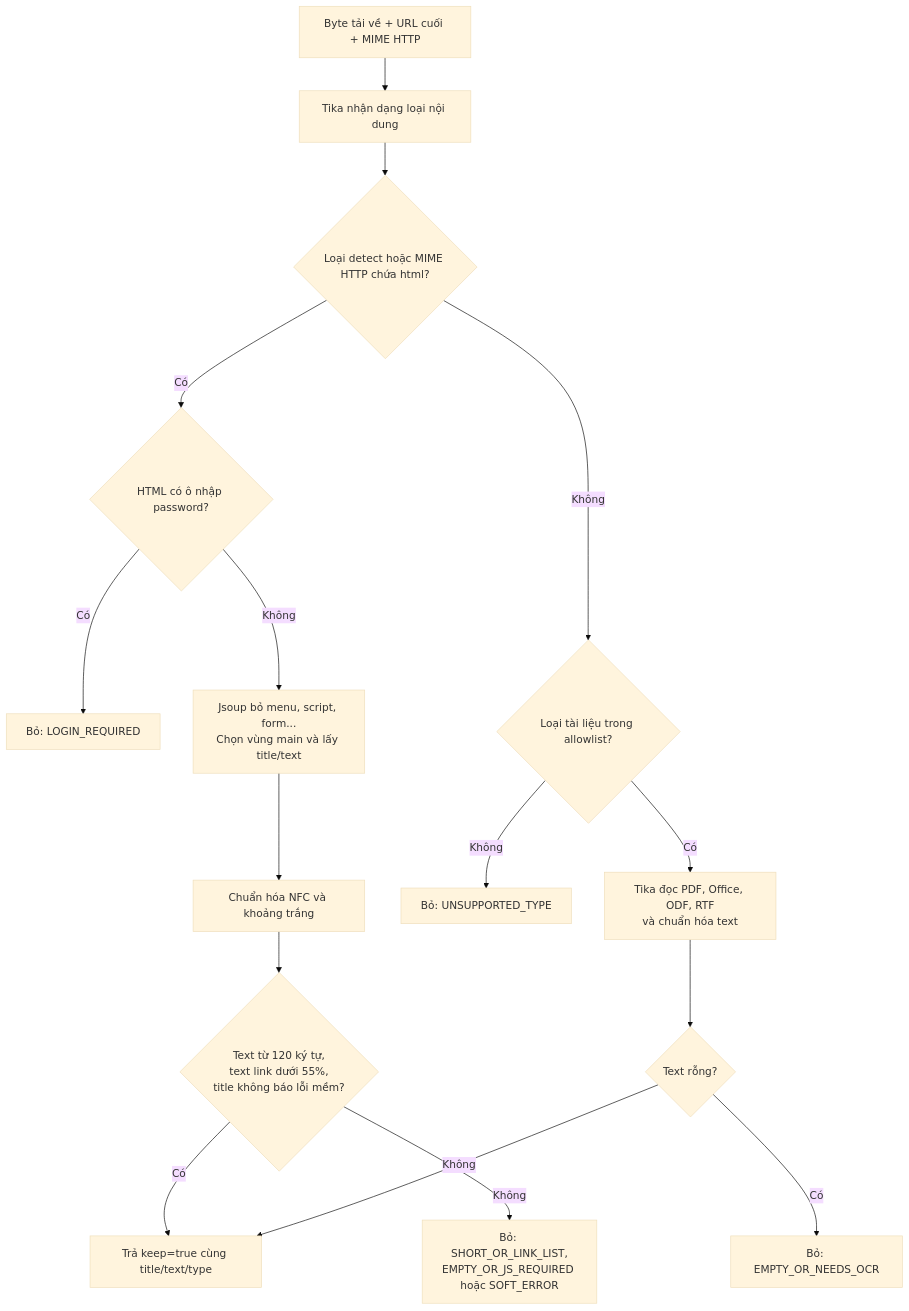
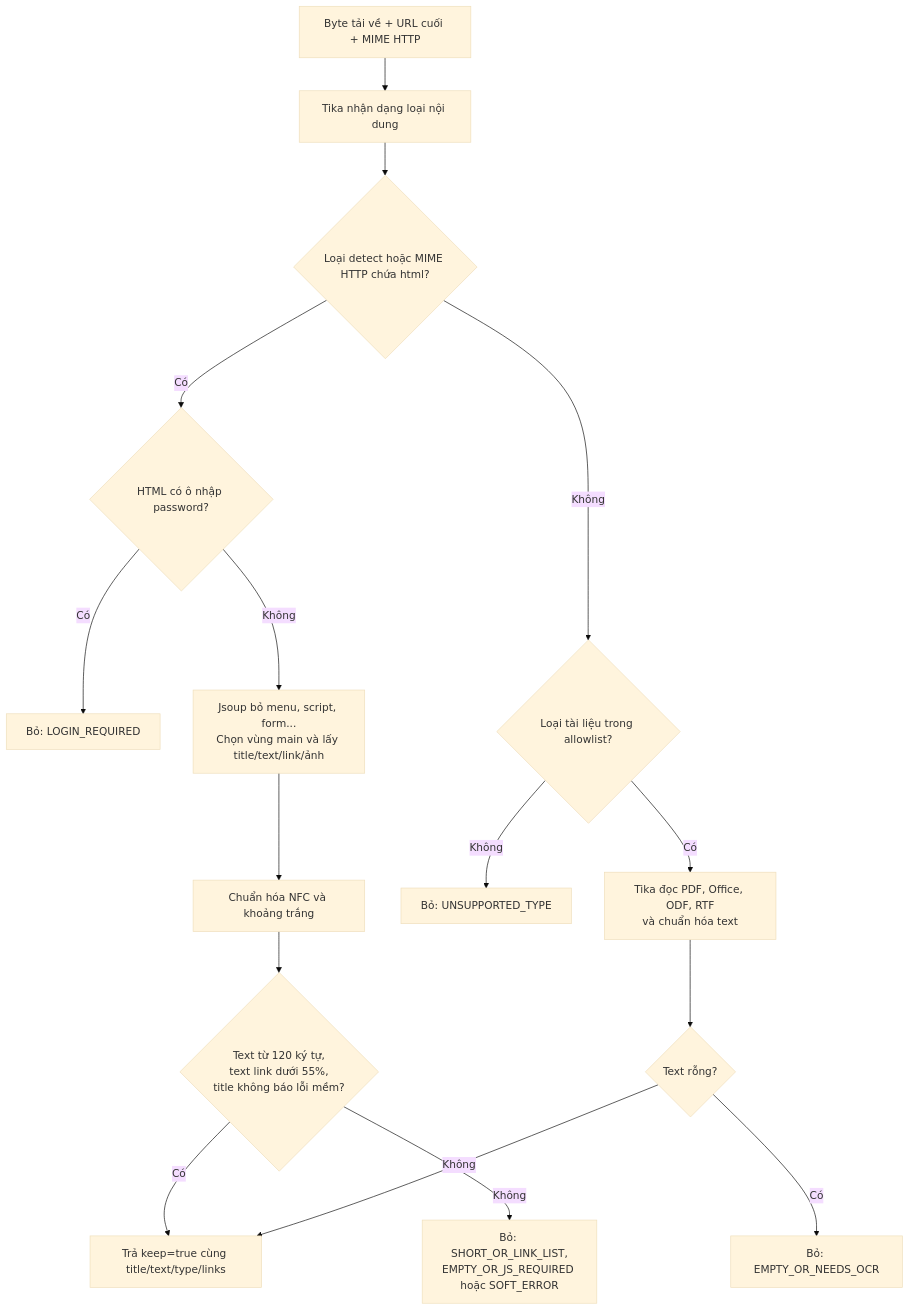
One commit to dungx48/it4863-content-collector changed the fifth of 7 diagrams in docs/design-diagrams.md. Above: the diagram before and after it, drawn with Mermaid (base theme). The commit also changed other lines of this file and 19 other files, not shown here.

````diff
--- a/docs/design-diagrams.md
+++ b/docs/design-diagrams.md
@@ -147,18 +157,18 @@
 ```mermaid
 flowchart TD
     Bytes["Byte tải về + URL cuối + MIME HTTP"] --> Detect["Tika nhận dạng loại nội dung"]
     Detect --> IsHTML{"Loại detect hoặc MIME HTTP chứa html?"}
     IsHTML -->|"Có"| Password{"HTML có ô nhập password?"}
     Password -->|"Có"| Login["Bỏ: LOGIN_REQUIRED"]
-    Password -->|"Không"| DOM["Jsoup bỏ menu, script, form...<br/>Chọn vùng main và lấy title/text"]
+    Password -->|"Không"| DOM["Jsoup bỏ menu, script, form...<br/>Chọn vùng main và lấy title/text/link/ảnh"]
     DOM --> CleanHTML["Chuẩn hóa NFC và khoảng trắng"]
     CleanHTML --> Rule{"Text từ 120 ký tự,<br/>text link dưới 55%,<br/>title không báo lỗi mềm?"}
-    Rule -->|"Có"| Keep["Trả keep=true cùng title/text/type"]
+    Rule -->|"Có"| Keep["Trả keep=true cùng title/text/type/links"]
     Rule -->|"Không"| DropHTML["Bỏ: SHORT_OR_LINK_LIST,<br/>EMPTY_OR_JS_REQUIRED hoặc SOFT_ERROR"]
     IsHTML -->|"Không"| Supported{"Loại tài liệu trong allowlist?"}
     Supported -->|"Không"| Unsupported["Bỏ: UNSUPPORTED_TYPE"]
     Supported -->|"Có"| Parse["Tika đọc PDF, Office, ODF, RTF<br/>và chuẩn hóa text"]
     Parse --> Empty{"Text rỗng?"}
     Empty -->|"Có"| OCR["Bỏ: EMPTY_OR_NEEDS_OCR"]
     Empty -->|"Không"| Keep
 ```
````
